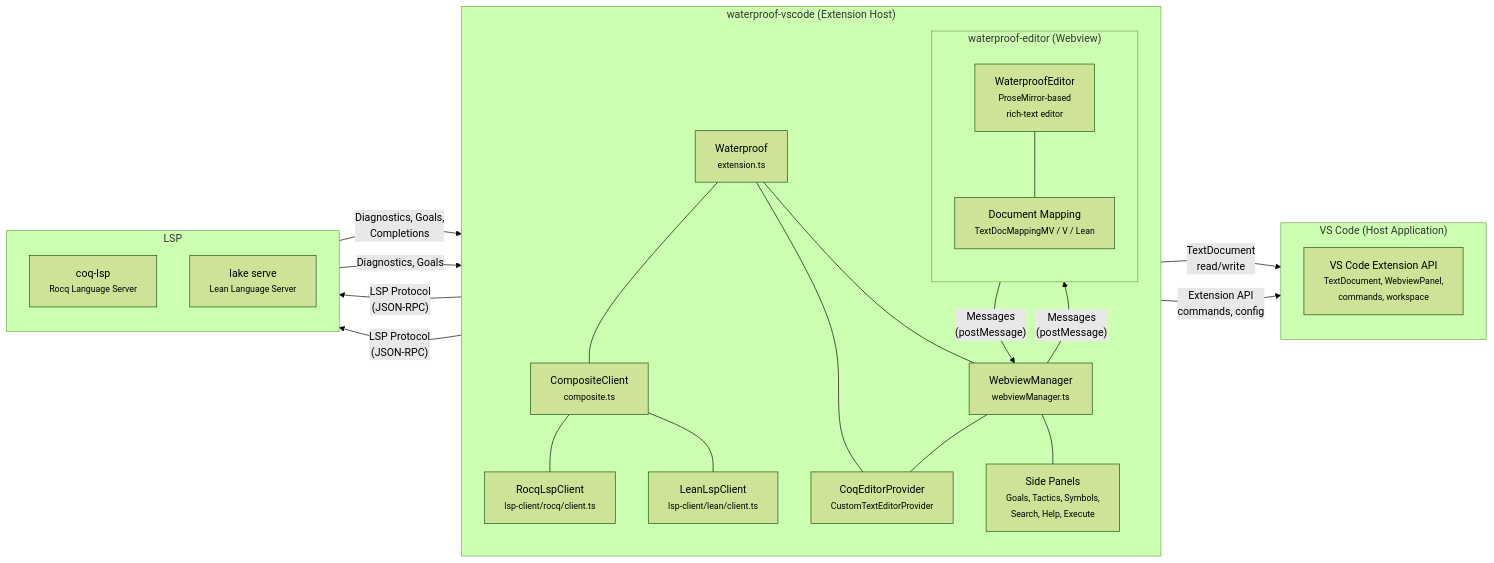
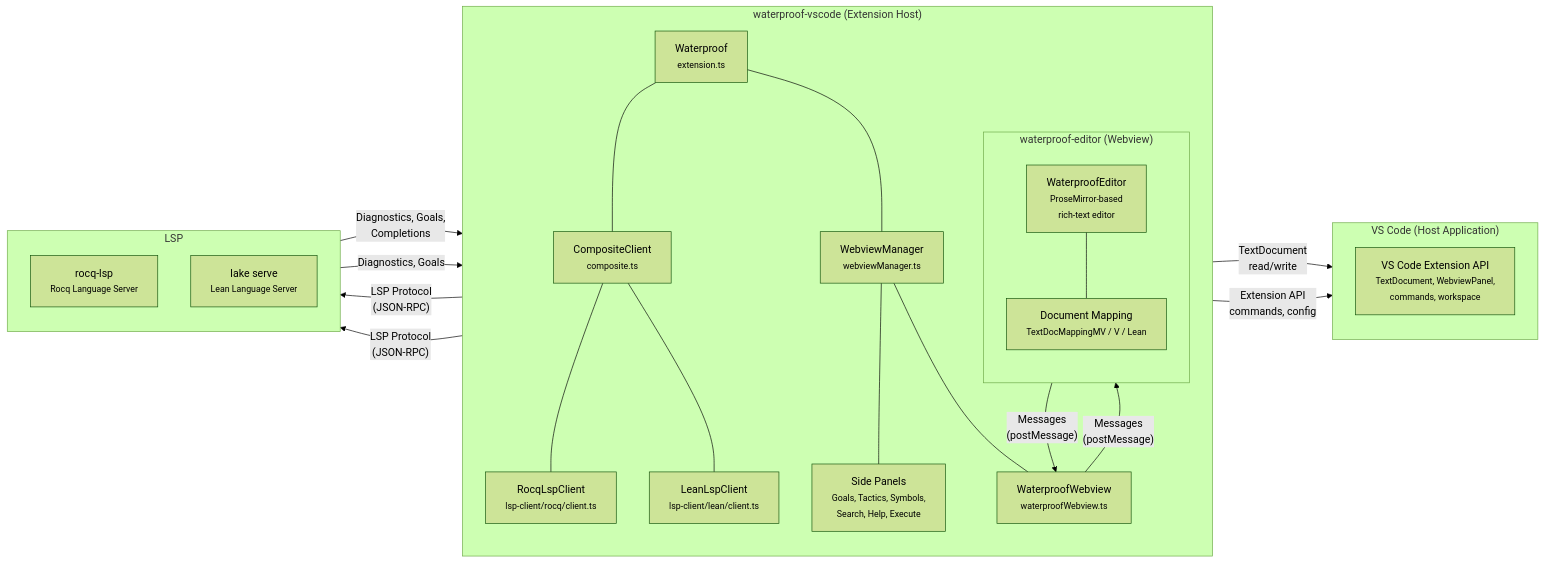
The first of 2 diagrams in developer-resources/architecture.md (impermeable/waterproof-vscode), drawn with Mermaid (forest theme) before and after one commit. The commit also changed other lines of this file, not shown here.

````diff
--- a/developer-resources/architecture.md
+++ b/developer-resources/architecture.md
@@ -23,50 +23,49 @@
 ```mermaid
 graph LR
     subgraph "VS Code (Host Application)"
         direction TB
         VSCODE_API["VS Code Extension API<br/><small>TextDocument, WebviewPanel,<br/>commands, workspace</small>"]
     end
 
     subgraph "waterproof-vscode (Extension Host)"
         direction TB
         EXT["Waterproof<br/><small>extension.ts</small>"]
         WVM["WebviewManager<br/><small>webviewManager.ts</small>"]
-        PROV["CoqEditorProvider<br/><small>CustomTextEditorProvider</small>"]
+        WPWV["WaterproofWebview<br/><small>waterproofWebview.ts</small>"]
         COMP["CompositeClient<br/><small>composite.ts</small>"]
         ROCQ_C["RocqLspClient<br/><small>lsp-client/rocq/client.ts</small>"]
         LEAN_C["LeanLspClient<br/><small>lsp-client/lean/client.ts</small>"]
         PANELS["Side Panels<br/><small>Goals, Tactics, Symbols,<br/>Search, Help, Execute</small>"]
 
         subgraph "waterproof-editor (Webview)"
             direction TB
             PM["WaterproofEditor<br/><small>ProseMirror-based<br/>rich-text editor</small>"]
             MAP["Document Mapping<br/><small>TextDocMappingMV / V / Lean</small>"]
             PM --- MAP
         end
 
         EXT --- WVM
         EXT --- COMP
         COMP --- ROCQ_C
         COMP --- LEAN_C
-        EXT --- PROV
         WVM --- PANELS
-        WVM --- PROV
+        WVM --- WPWV
     end
 
     subgraph "LSP"
         direction TB
-        COQ_LSP["coq-lsp<br/><small>Rocq Language Server</small>"]
+        ROCQ_LSP["rocq-lsp<br/><small>Rocq Language Server</small>"]
         LEAN_LSP["lake serve<br/><small>Lean Language Server</small>"]
     end
 
-    PM -- "Messages<br/>(postMessage)" --> WVM
-    WVM -- "Messages<br/>(postMessage)" --> PM
+    PM -- "Messages<br/>(postMessage)" --> WPWV
+    WPWV -- "Messages<br/>(postMessage)" --> PM
 
-    PROV -- "TextDocument<br/>read/write" --> VSCODE_API
+    WPWV -- "TextDocument<br/>read/write" --> VSCODE_API
     EXT -- "Extension API<br/>commands, config" --> VSCODE_API
 
-    ROCQ_C -- "LSP Protocol<br/>(JSON-RPC)" --> COQ_LSP
-    COQ_LSP -- "Diagnostics, Goals,<br/>Completions" --> ROCQ_C
+    ROCQ_C -- "LSP Protocol<br/>(JSON-RPC)" --> ROCQ_LSP
+    ROCQ_LSP -- "Diagnostics, Goals,<br/>Completions" --> ROCQ_C
     LEAN_C -- "LSP Protocol<br/>(JSON-RPC)" --> LEAN_LSP
     LEAN_LSP -- "Diagnostics, Goals" --> LEAN_C
 ```
````
